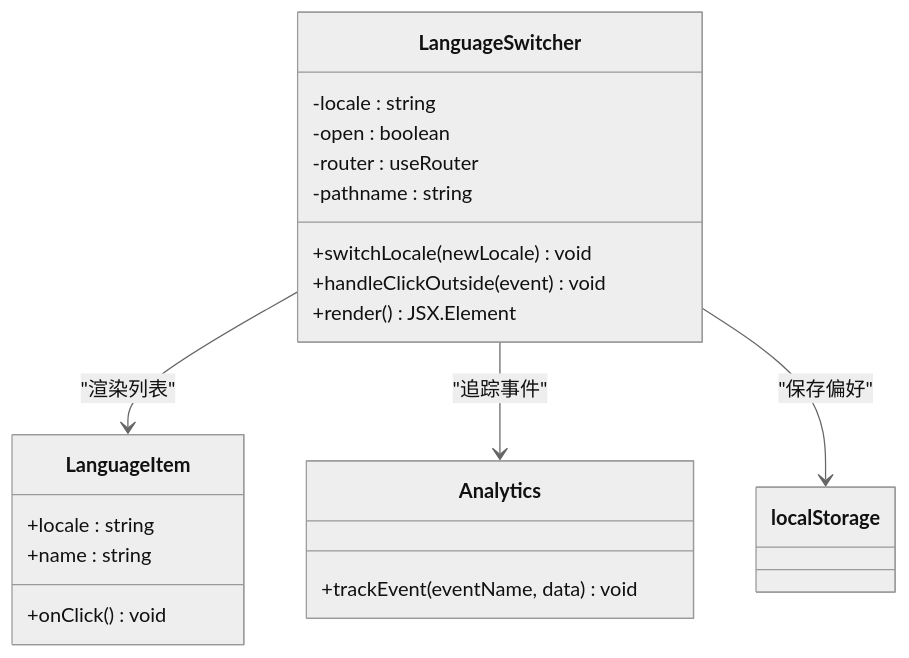
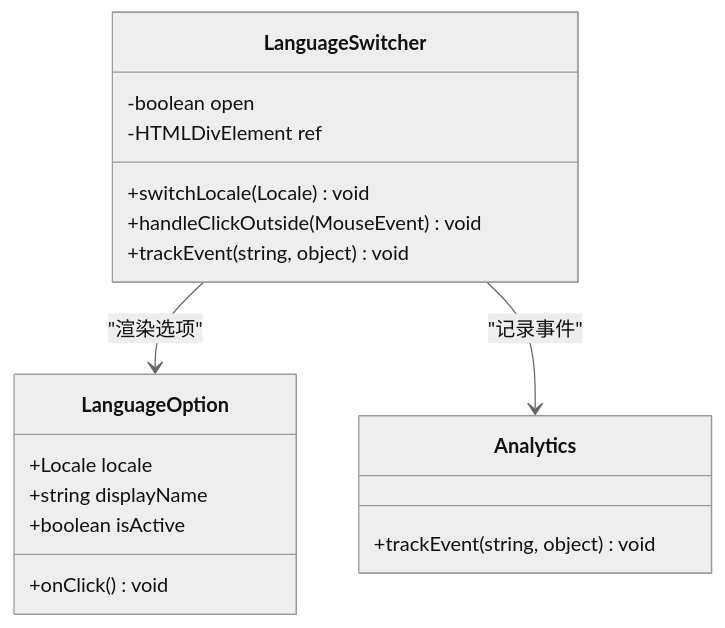
Before and after one commit to sgyy/privadeck: the fifth of 9 diagrams in .qoder/repowiki/zh/content/技术架构/国际化系统.md, drawn with Mermaid (neutral theme). The commit also changed other lines of this file and 6 other files, not shown here.

````diff
--- a/.qoder/repowiki/zh/content/技术架构/国际化系统.md
+++ b/.qoder/repowiki/zh/content/技术架构/国际化系统.md
@@ -300,23 +228,21 @@
 ```mermaid
 classDiagram
 class LanguageSwitcher {
--locale : string
--open : boolean
--router : useRouter
--pathname : string
-+switchLocale(newLocale) void
-+handleClickOutside(event) void
-+render() JSX.Element
+-boolean open
+-HTMLDivElement ref
++switchLocale(Locale) void
++handleClickOutside(MouseEvent) void
++trackEvent(string, object) void
 }
-class LanguageItem {
-+locale : string
-+name : string
+class LanguageOption {
++Locale locale
++string displayName
++boolean isActive
 +onClick() void
 }
 class Analytics {
-+trackEvent(eventName, data) void
++trackEvent(string, object) void
 }
-LanguageSwitcher --> LanguageItem : "渲染列表"
-LanguageSwitcher --> Analytics : "追踪事件"
-LanguageSwitcher --> localStorage : "保存偏好"
+LanguageSwitcher --> LanguageOption : "渲染选项"
+LanguageSwitcher --> Analytics : "记录事件"
 ```
````
